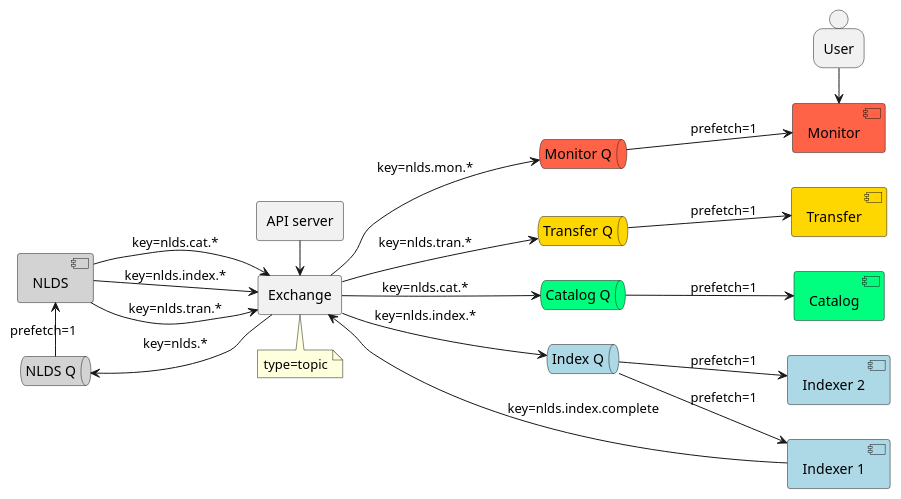
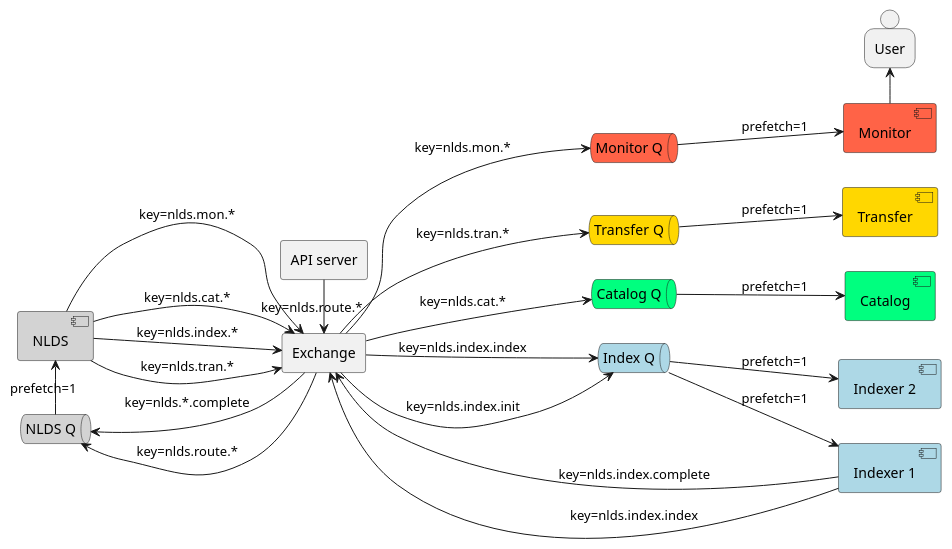
The diagram in doc/uml/queue_structure.puml (cedadev/nlds), drawn with PlantUML before and after one commit.

Commit message:
Update Queue Structure
Update the queue structure diagram to reflect the changes made in
development to address issues with infinite message loops.

```diff
--- a/doc/uml/queue_structure.puml
+++ b/doc/uml/queue_structure.puml
@@ -1,62 +1,68 @@
 @startuml queue_structure
 
 left to right direction
 agent api_server as "API server" 
 
 together {
     queue wq as "NLDS Q" #lightgrey
     component work as "NLDS" #lightgrey
     /'database iddb as "TransactionDB" #lightgrey'/
 }
 
 together {
     agent pex as "Exchange"
-    note top of pex: type=topic
+    ' note top of pex: type=topic
 }
 
-pex --> wq : key=nlds.*
+pex --> wq : key=nlds.*.complete
+pex --> wq : key=nlds.route.*
 wq -> work : prefetch=1
 /'work -> iddb : SQL'/
 
 together {
     queue sq as "Index Q" #lightblue
     queue tq as "Transfer Q" #gold
     queue cq as "Catalog Q" #springgreen
 }
 
-pex --> sq : key=nlds.index.*
+pex --> sq : key=nlds.index.init
+pex --> sq : key=nlds.index.index
 pex --> tq : key=nlds.tran.*
 pex --> cq : key=nlds.cat.*
 
 work --> pex : key=nlds.index.*
 work --> pex : key=nlds.tran.*
+work --> pex : key=nlds.mon.*
 work --> pex : key=nlds.cat.*
 
 queue mq as "Monitor Q" #tomato
 pex --> mq : key=nlds.mon.*
 
 together {
     component scan1 as "Indexer 1" #lightblue
     component scan2 as "Indexer 2" #lightblue
 }
 
 component tran1 as "Transfer" #gold
 component cat1 as "Catalog" #springgreen
 together {
     component mon1 as "Monitor" #tomato
     person user as "User"
 }
 
-api_server -> pex
+api_server -> pex : key=nlds.route.*
+
 
 sq --> scan1 : prefetch=1
 sq --> scan2 : prefetch=1
 tq --> tran1 : prefetch=1
 cq --> cat1 : prefetch=1
+
 mq --> mon1 : prefetch=1
+mon1 -> user
 
-mon1 <- user
 
 scan1 --> pex : key=nlds.index.complete
+scan1 --> pex : key=nlds.index.index
 
 @enduml
```
